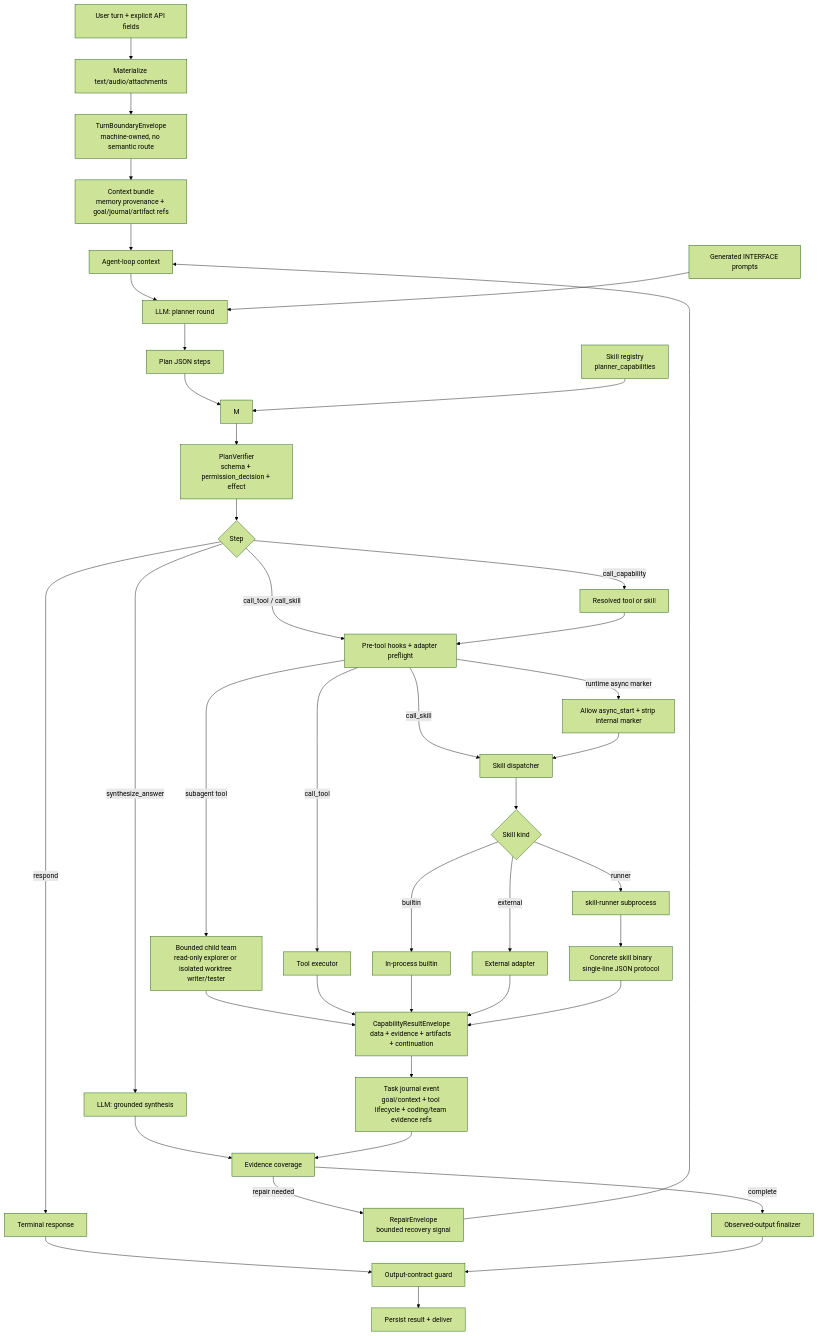
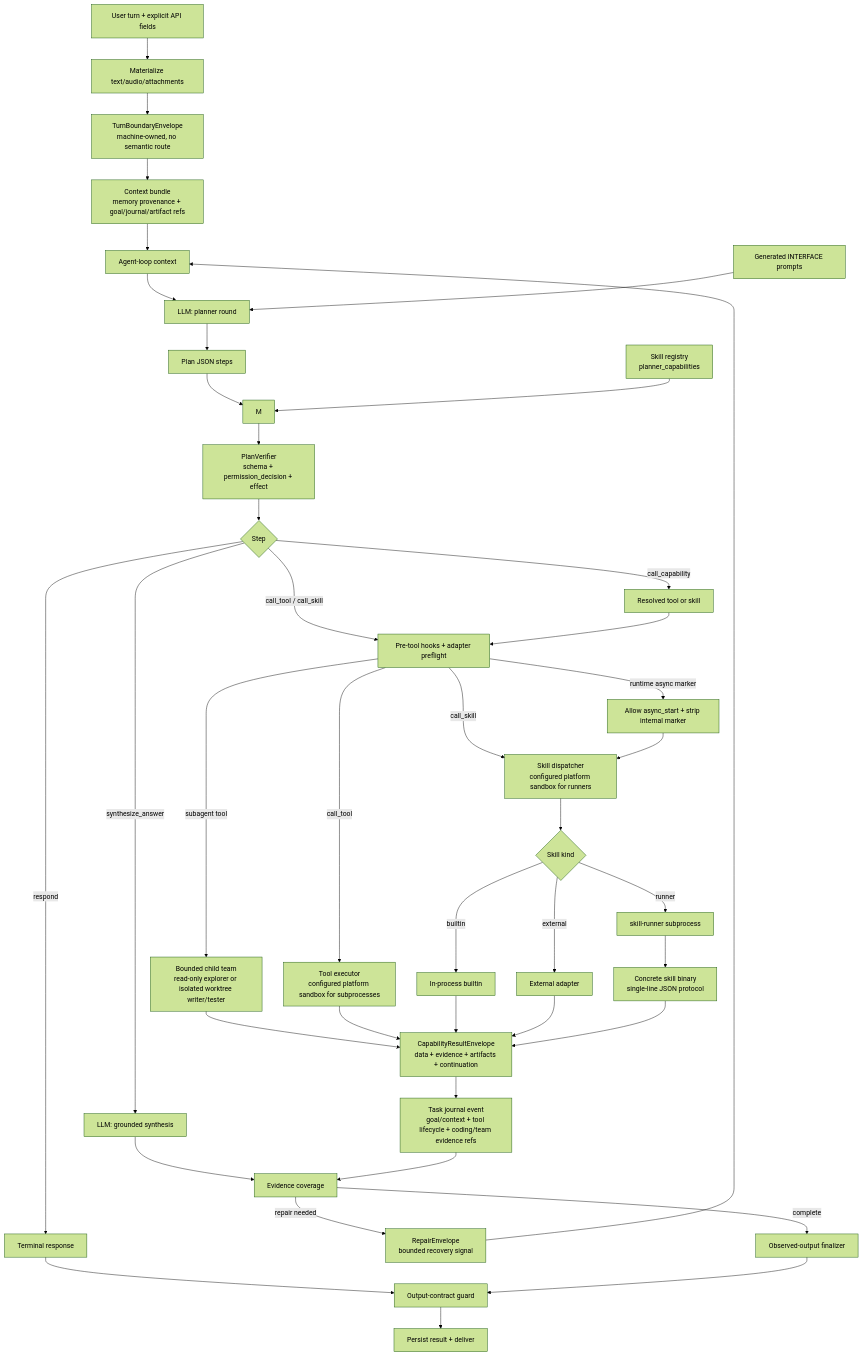
One commit to MatrixCoreX/RustClaw changed the second of 18 diagrams in README.md. Above: the diagram before and after it, drawn with Mermaid (forest theme). The commit also changed other lines of this file and 44 other files, not shown here.

Commit message:
feat: add cross-platform sandbox backends

````diff
--- a/README.md
+++ b/README.md
@@ -131,43 +133,43 @@
 ```mermaid
 flowchart TD
     A[User turn + explicit API fields] --> B[Materialize text/audio/attachments]
     B --> C[TurnBoundaryEnvelope<br/>machine-owned, no semantic route]
     C --> D[Context bundle<br/>memory provenance + goal/journal/artifact refs]
     D --> G[Agent-loop context]
     G --> K[LLM: planner round]
     K --> L[Plan JSON steps]
     L --> M
     N[Skill registry<br/>planner_capabilities] --> M
     O[Generated INTERFACE prompts] --> K
     M --> P[PlanVerifier<br/>schema + permission_decision + effect]
     P --> Q{Step}
     Q -->|call_capability| R[Resolved tool or skill]
     Q -->|call_tool / call_skill| QA[Pre-tool hooks + adapter preflight]
     R --> QA
     QA -->|runtime async marker| AR[Allow async_start + strip internal marker]
     QA -->|subagent tool| SS[Bounded child team<br/>read-only explorer or isolated worktree writer/tester]
-    QA -->|call_tool| S[Tool executor]
-    QA -->|call_skill| T[Skill dispatcher]
+    QA -->|call_tool| S[Tool executor<br/>configured platform sandbox for subprocesses]
+    QA -->|call_skill| T[Skill dispatcher<br/>configured platform sandbox for runners]
     AR --> T
     T --> U{Skill kind}
     U -->|builtin| V[In-process builtin]
     U -->|external| W[External adapter]
     U -->|runner| X[skill-runner subprocess]
     X --> Y[Concrete skill binary<br/>single-line JSON protocol]
     SS --> Z
     S --> Z[CapabilityResultEnvelope<br/>data + evidence + artifacts + continuation]
     V --> Z
     W --> Z
     Y --> Z
     Z --> ZEV[Task journal event<br/>goal/context + tool lifecycle + coding/team evidence refs]
     Q -->|synthesize_answer| ZA[LLM: grounded synthesis]
     Q -->|respond| ZB[Terminal response]
     ZA --> ZC[Evidence coverage]
     ZEV --> ZC
     ZC -->|repair needed| ZR[RepairEnvelope<br/>bounded recovery signal]
     ZR --> G
     ZC -->|complete| ZD[Observed-output finalizer]
     ZB --> ZE[Output-contract guard]
     ZD --> ZE
     ZE --> ZF[Persist result + deliver]
 ```
````
